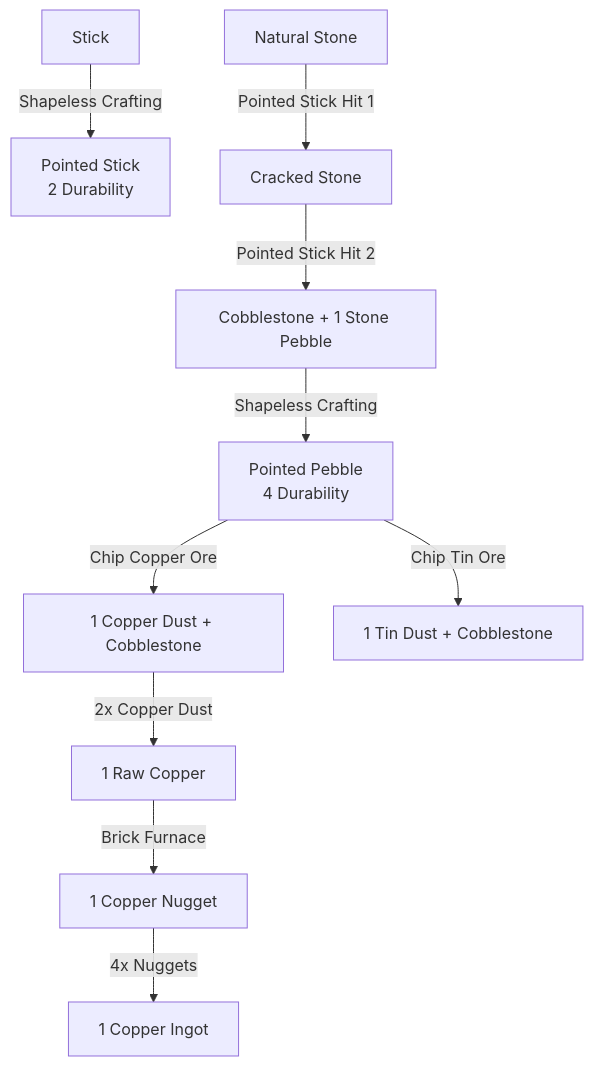
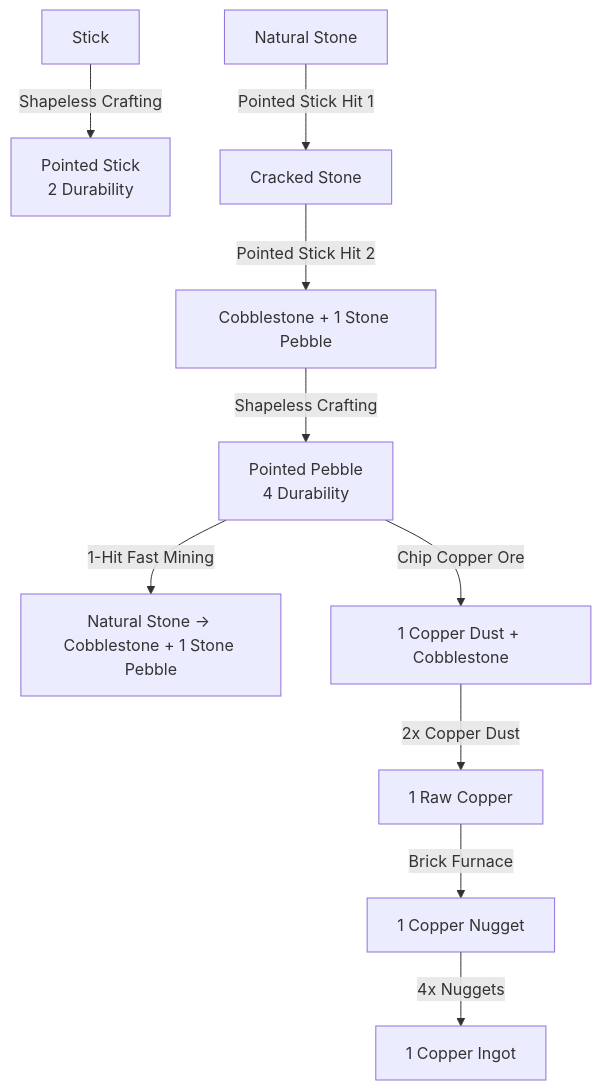
Before and after one commit to MarryBye/Larper-Than-Wolves: the diagram in docs/early_stone_and_ore_gathering.md, drawn with Mermaid. The commit also changed other lines of this file and 4 other files, not shown here.

````diff
--- a/docs/early_stone_and_ore_gathering.md
+++ b/docs/early_stone_and_ore_gathering.md
@@ -50,12 +52,12 @@
 ```mermaid
 flowchart TD
     Stick[Stick] -->|Shapeless Crafting| PointedStick[Pointed Stick <br/> 2 Durability]
     Stone[Natural Stone] -->|Pointed Stick Hit 1| CrackedStone[Cracked Stone]
     CrackedStone -->|Pointed Stick Hit 2| CobbleAndPebble[Cobblestone + 1 Stone Pebble]
     CobbleAndPebble -->|Shapeless Crafting| PointedPebble[Pointed Pebble <br/> 4 Durability]
+    PointedPebble -->|1-Hit Fast Mining| FastStone[Natural Stone -> Cobblestone + 1 Stone Pebble]
     PointedPebble -->|Chip Copper Ore| CopperDust[1 Copper Dust + Cobblestone]
-    PointedPebble -->|Chip Tin Ore| TinDust[1 Tin Dust + Cobblestone]
     CopperDust -->|2x Copper Dust| RawCopper[1 Raw Copper]
     RawCopper -->|Brick Furnace| CopperNugget[1 Copper Nugget]
     CopperNugget -->|4x Nuggets| CopperIngot[1 Copper Ingot]
 ```
````
